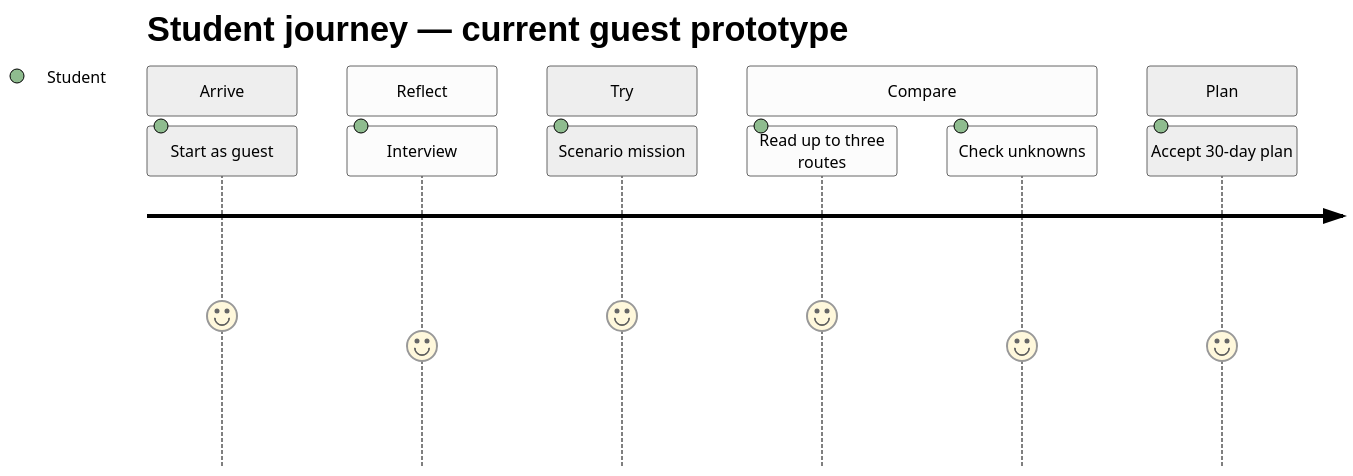
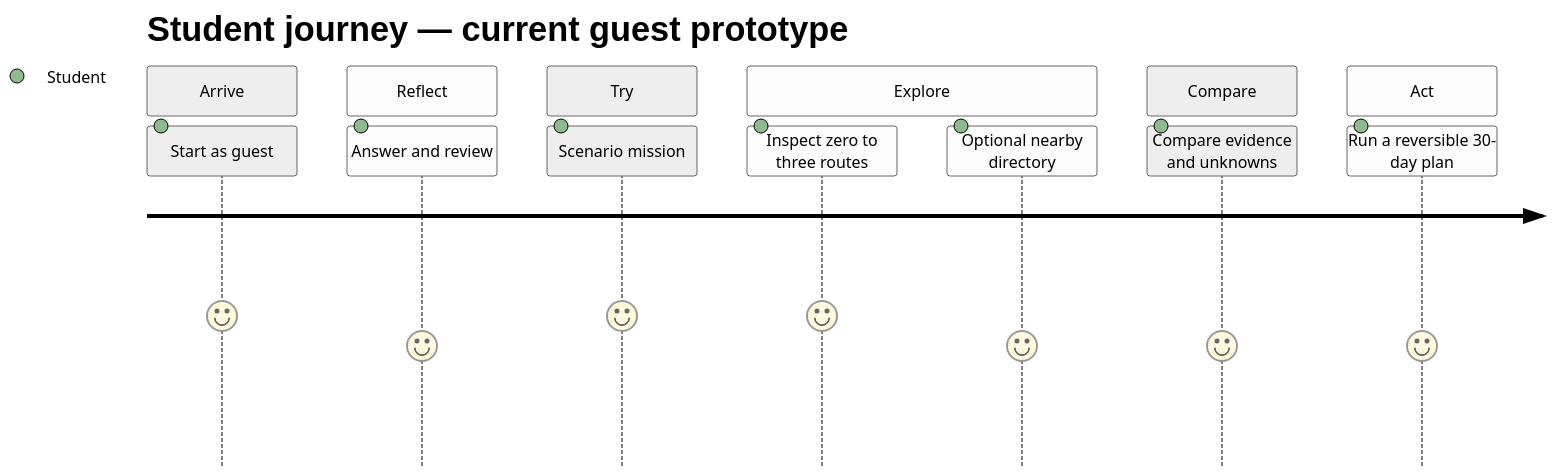
Before and after one commit to Pongkarm/Future_Me: the first of 2 diagrams in 03_WebApp/docs/03-user-experience.md, drawn with Mermaid (neutral theme). The commit also changed other lines of this file and 8 other files, not shown here.

````diff
--- a/03_WebApp/docs/03-user-experience.md
+++ b/03_WebApp/docs/03-user-experience.md
@@ -74,15 +74,17 @@
 ```mermaid
 journey
     title Student journey — current guest prototype
     section Arrive
       Start as guest: 5: Student
     section Reflect
-      Interview: 4: Student
+      Answer and review: 4: Student
     section Try
       Scenario mission: 5: Student
+    section Explore
+      Inspect zero to three routes: 5: Student
+      Optional nearby directory: 4: Student
     section Compare
-      Read up to three routes: 5: Student
-      Check unknowns: 4: Student
-    section Plan
-      Accept 30-day plan: 4: Student
+      Compare evidence and unknowns: 4: Student
+    section Act
+      Run a reversible 30-day plan: 4: Student
 ```
````
